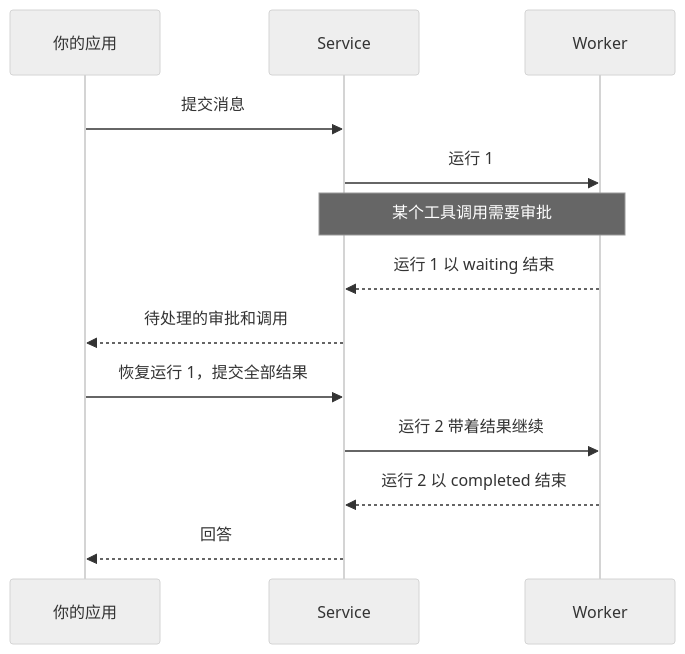
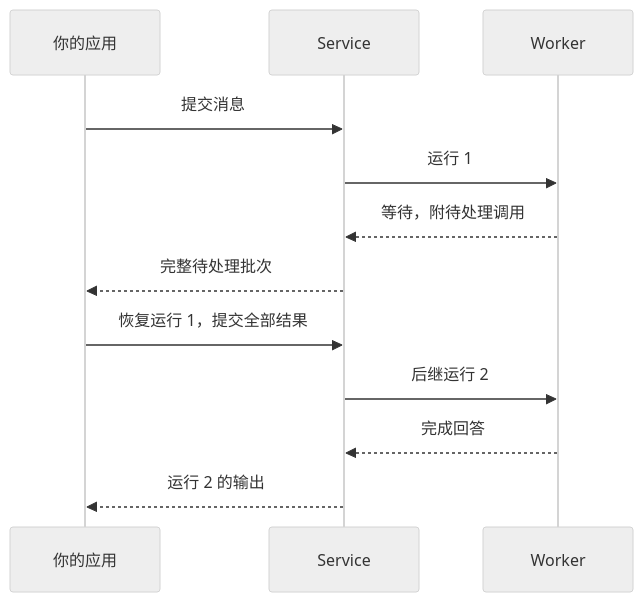
The diagram in docs/a13n-service/agents-and-runs.zh-CN.md (Jarvis636431/agent-foundation), drawn with Mermaid (neutral theme) before and after one commit. The commit also changed other lines of this file and 202 other files, not shown here.

````diff
--- a/docs/a13n-service/agents-and-runs.zh-CN.md
+++ b/docs/a13n-service/agents-and-runs.zh-CN.md
@@ -343,18 +260,17 @@
 ```mermaid
 sequenceDiagram
     participant App as 你的应用
     participant Service
     participant Worker
     App->>Service: 提交消息
     Service->>Worker: 运行 1
-    Note over Service,Worker: 某个工具调用需要审批
-    Worker-->>Service: 运行 1 以 waiting 结束
-    Service-->>App: 待处理的审批和调用
+    Worker-->>Service: 等待，附待处理调用
+    Service-->>App: 完整待处理批次
     App->>Service: 恢复运行 1，提交全部结果
-    Service->>Worker: 运行 2 带着结果继续
-    Worker-->>Service: 运行 2 以 completed 结束
-    Service-->>App: 回答
+    Service->>Worker: 后继运行 2
+    Worker-->>Service: 完成回答
+    Service-->>App: 运行 2 的输出
 
     %% class App app
     %% class Service,Worker a13n
 ```
````
